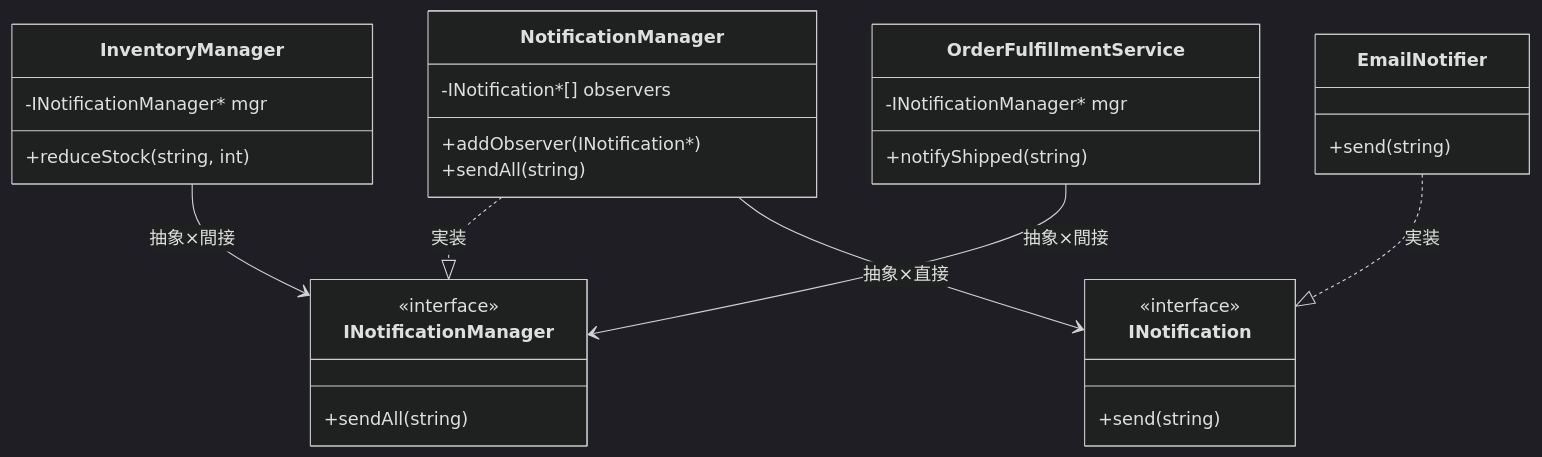
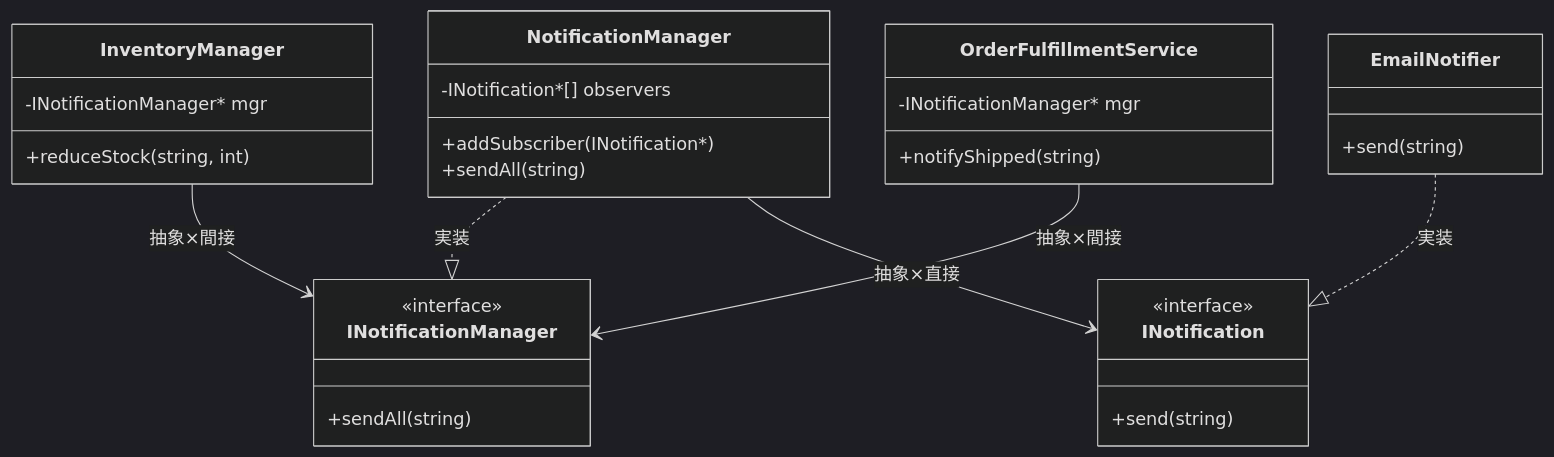
One commit to kumachan1101-pixel/DesignPattern changed the seventh of 10 diagrams in kindle/design-patterns/output/chapter07.md. Above: the diagram before and after it, drawn with Mermaid (dark theme). The commit also changed other lines of this file and 1 other file, not shown here.

````diff
--- a/kindle/design-patterns/output/chapter07.md
+++ b/kindle/design-patterns/output/chapter07.md
@@ -867,32 +867,32 @@
 ```mermaid
 classDiagram
     class INotificationManager {
         <<interface>>
         +sendAll(string)
     }
     class NotificationManager {
         -INotification*[] observers
-        +addObserver(INotification*)
+        +addSubscriber(INotification*)
         +sendAll(string)
     }
     class INotification {
         <<interface>>
         +send(string)
     }
     class EmailNotifier {
         +send(string)
     }
     class InventoryManager {
         -INotificationManager* mgr
         +reduceStock(string, int)
     }
     class OrderFulfillmentService {
         -INotificationManager* mgr
         +notifyShipped(string)
     }
     NotificationManager ..|> INotificationManager : 実装
     NotificationManager --> INotification : 抽象×直接
     EmailNotifier ..|> INotification : 実装
     InventoryManager --> INotificationManager : 抽象×間接
     OrderFulfillmentService --> INotificationManager : 抽象×間接
 ```
````
